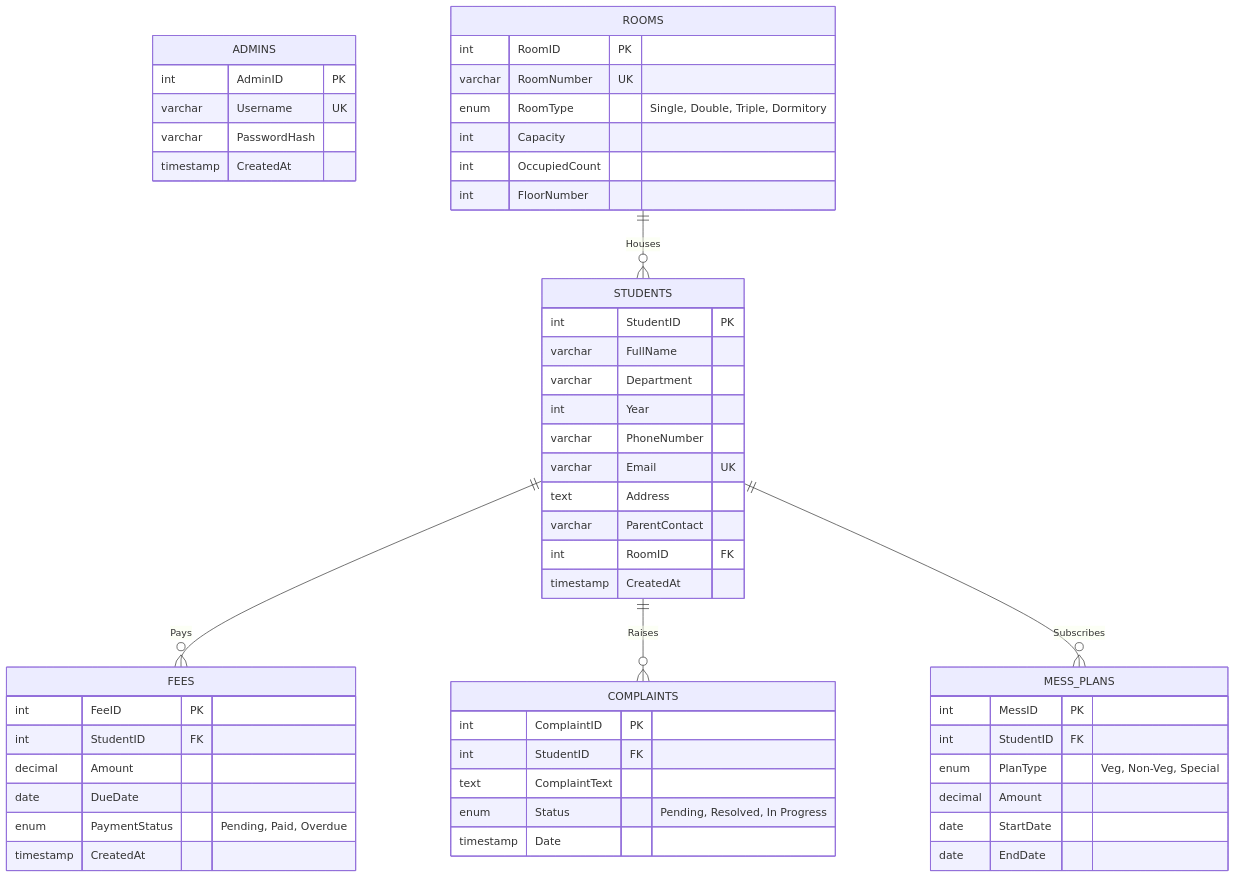
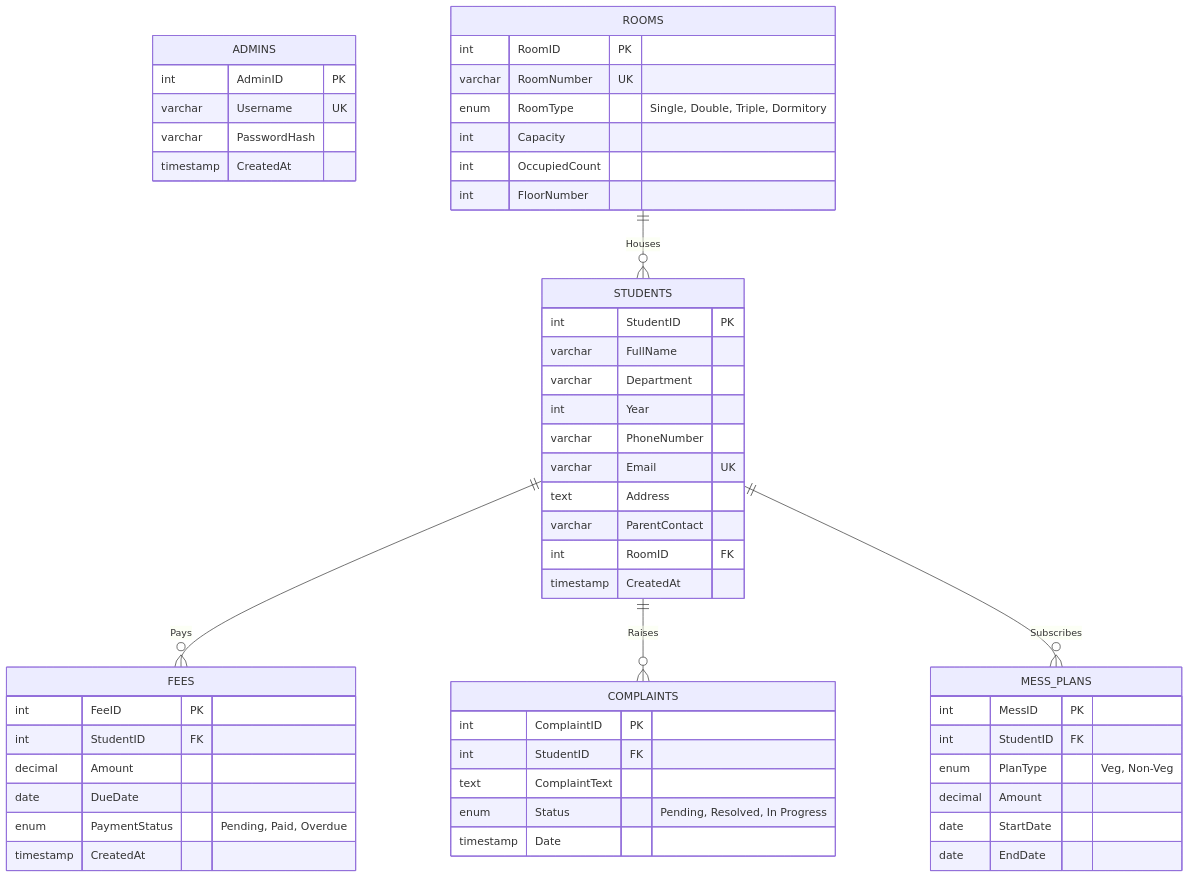
Before and after one commit to arunkumarmeda27/Hostel-Management-System: the second of 2 diagrams in README.md, drawn with Mermaid. The commit also changed 3 other files, not shown here.

Commit message:
feat: remove 'Special' mess plan option across full stack

````diff
--- a/README.md
+++ b/README.md
@@ -49,62 +49,62 @@
 ```mermaid
 erDiagram
     ADMINS {
         int AdminID PK
         varchar Username UK
         varchar PasswordHash
         timestamp CreatedAt
     }
     
     ROOMS {
         int RoomID PK
         varchar RoomNumber UK
         enum RoomType "Single, Double, Triple, Dormitory"
         int Capacity
         int OccupiedCount
         int FloorNumber
     }
     
     STUDENTS {
         int StudentID PK
         varchar FullName
         varchar Department
         int Year
         varchar PhoneNumber
         varchar Email UK
         text Address
         varchar ParentContact
         int RoomID FK
         timestamp CreatedAt
     }
     
     FEES {
         int FeeID PK
         int StudentID FK
         decimal Amount
         date DueDate
         enum PaymentStatus "Pending, Paid, Overdue"
         timestamp CreatedAt
     }
     
     COMPLAINTS {
         int ComplaintID PK
         int StudentID FK
         text ComplaintText
         enum Status "Pending, Resolved, In Progress"
         timestamp Date
     }
     
     MESS_PLANS {
         int MessID PK
         int StudentID FK
-        enum PlanType "Veg, Non-Veg, Special"
+        enum PlanType "Veg, Non-Veg"
         decimal Amount
         date StartDate
         date EndDate
     }
 
     ROOMS ||--o{ STUDENTS : "Houses"
     STUDENTS ||--o{ FEES : "Pays"
     STUDENTS ||--o{ COMPLAINTS : "Raises"
     STUDENTS ||--o{ MESS_PLANS : "Subscribes"
 ```
````
